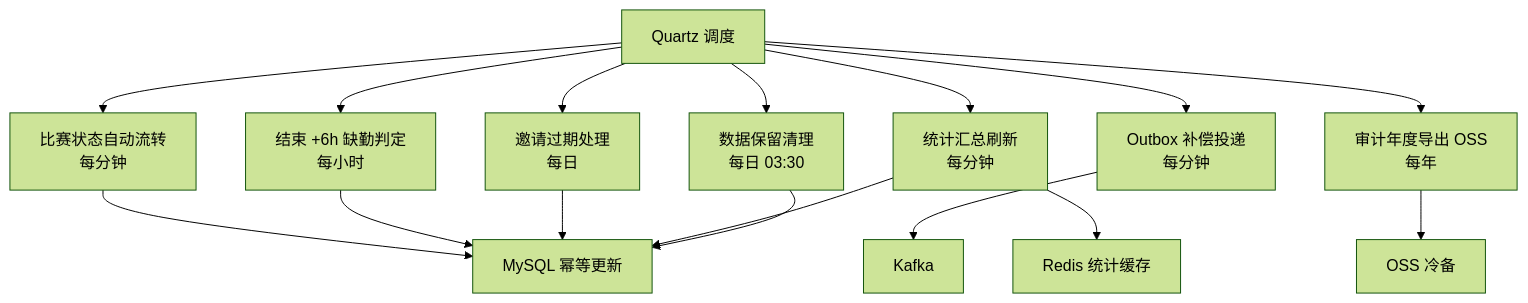
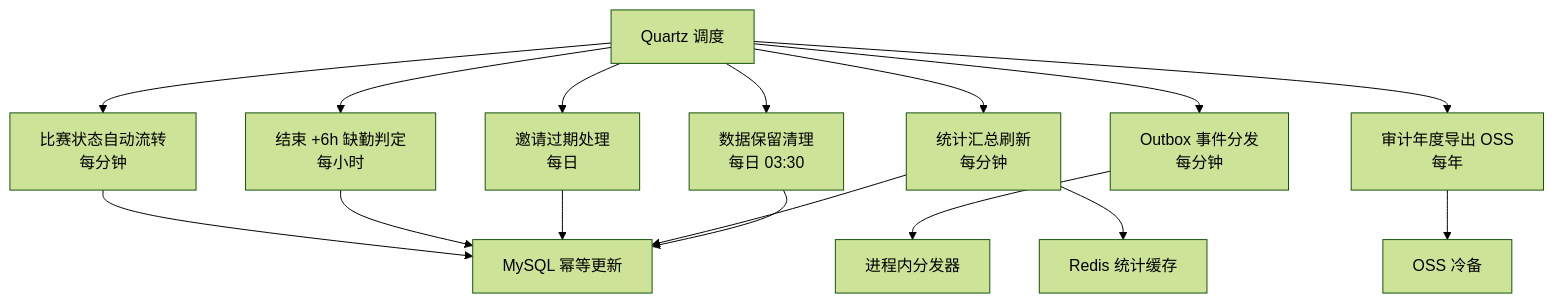
One commit to zhouyacheng/yunhefc changed the sixth of 7 diagrams in docs/design/03.整体架构设计.md. Above: the diagram before and after it, drawn with Mermaid (forest theme). The commit also changed other lines of this file and 57 other files, not shown here.

````diff
--- a/docs/design/03.整体架构设计.md
+++ b/docs/design/03.整体架构设计.md
@@ -360,18 +359,18 @@
 ```mermaid
 flowchart TD
   Q["Quartz 调度"] --> T1["比赛状态自动流转<br/>每分钟"]
   Q --> T2["结束 +6h 缺勤判定<br/>每小时"]
   Q --> T3["邀请过期处理<br/>每日"]
-  Q --> T4["Outbox 补偿投递<br/>每分钟"]
+  Q --> T4["Outbox 事件分发<br/>每分钟"]
   Q --> T5["统计汇总刷新<br/>每分钟"]
   Q --> T6["数据保留清理<br/>每日 03:30"]
   Q --> T7["审计年度导出 OSS<br/>每年"]
   T1 --> D["MySQL 幂等更新"]
   T2 --> D
   T3 --> D
-  T4 --> K["Kafka"]
+  T4 --> P["进程内分发器"]
   T5 --> D
   T5 --> C["Redis 统计缓存"]
   T6 --> D
   T7 --> O["OSS 冷备"]
 ```
````
